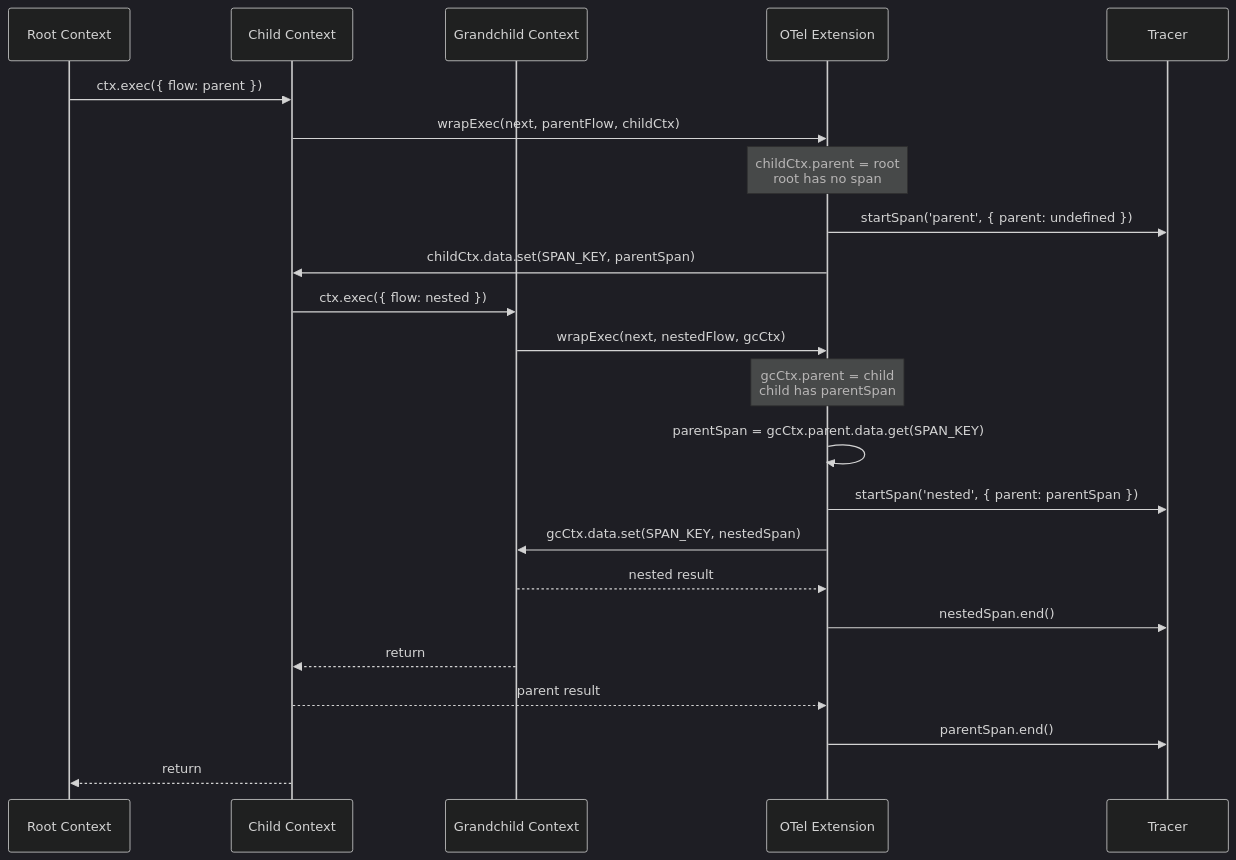
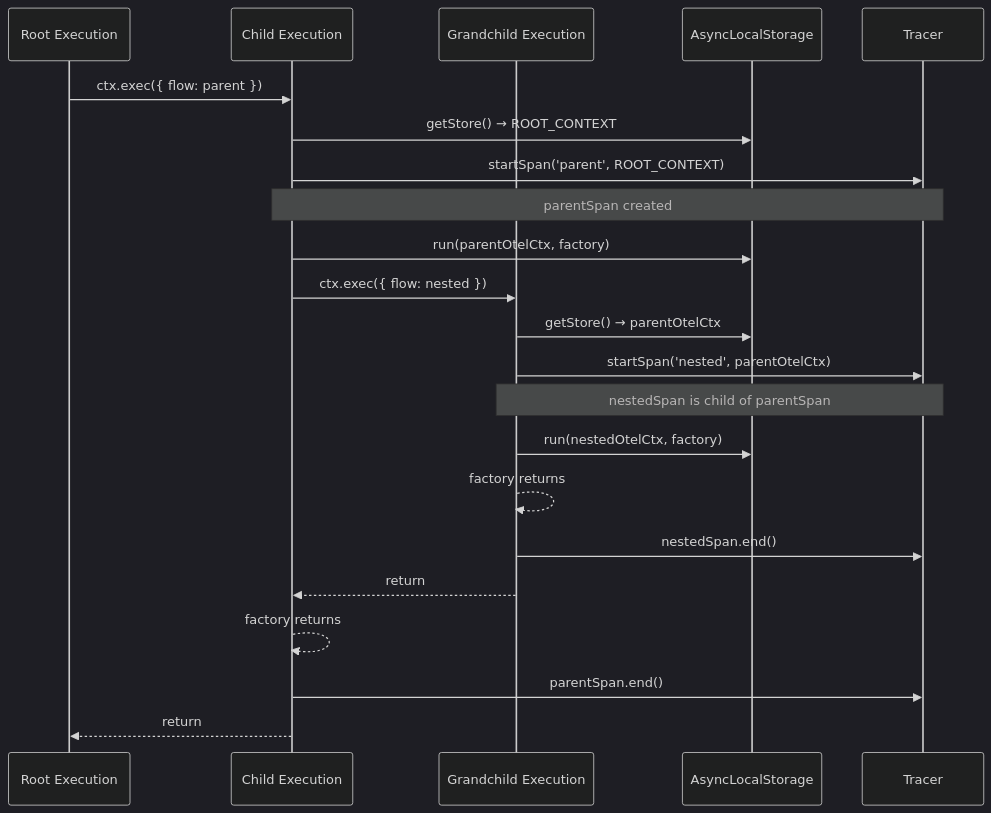
The second of 2 diagrams in .c3/c3-7-lite-extension-otel/README.md (pumped-fn/pumped-fn), drawn with Mermaid (dark theme) before and after one commit. The commit also changed other lines of this file and 18 other files, not shown here.

First line of the commit message:
feat(lite-extension-otel): simplify with self-contained provider management (#208)

````diff
--- a/.c3/c3-7-lite-extension-otel/README.md
+++ b/.c3/c3-7-lite-extension-otel/README.md
@@ -73,29 +73,28 @@
 ```mermaid
 sequenceDiagram
-    participant Root as Root Context
-    participant Child as Child Context
-    participant GC as Grandchild Context
-    participant Ext as OTel Extension
+    participant Root as Root Execution
+    participant Child as Child Execution
+    participant GC as Grandchild Execution
+    participant ALS as AsyncLocalStorage
     participant Tracer
 
     Root->>Child: ctx.exec({ flow: parent })
-    Child->>Ext: wrapExec(next, parentFlow, childCtx)
-    Note over Ext: childCtx.parent = root<br/>root has no span
-    Ext->>Tracer: startSpan('parent', { parent: undefined })
-    Ext->>Child: childCtx.data.set(SPAN_KEY, parentSpan)
+    Child->>ALS: getStore() → ROOT_CONTEXT
+    Child->>Tracer: startSpan('parent', ROOT_CONTEXT)
+    Note over Child,Tracer: parentSpan created
+    Child->>ALS: run(parentOtelCtx, factory)
 
     Child->>GC: ctx.exec({ flow: nested })
-    GC->>Ext: wrapExec(next, nestedFlow, gcCtx)
-    Note over Ext: gcCtx.parent = child<br/>child has parentSpan
-    Ext->>Ext: parentSpan = gcCtx.parent.data.get(SPAN_KEY)
-    Ext->>Tracer: startSpan('nested', { parent: parentSpan })
-    Ext->>GC: gcCtx.data.set(SPAN_KEY, nestedSpan)
+    GC->>ALS: getStore() → parentOtelCtx
+    GC->>Tracer: startSpan('nested', parentOtelCtx)
+    Note over GC,Tracer: nestedSpan is child of parentSpan
+    GC->>ALS: run(nestedOtelCtx, factory)
 
-    GC-->>Ext: nested result
-    Ext->>Tracer: nestedSpan.end()
+    GC-->>GC: factory returns
+    GC->>Tracer: nestedSpan.end()
     GC-->>Child: return
 
-    Child-->>Ext: parent result
-    Ext->>Tracer: parentSpan.end()
+    Child-->>Child: factory returns
+    Child->>Tracer: parentSpan.end()
     Child-->>Root: return
 ```
````
